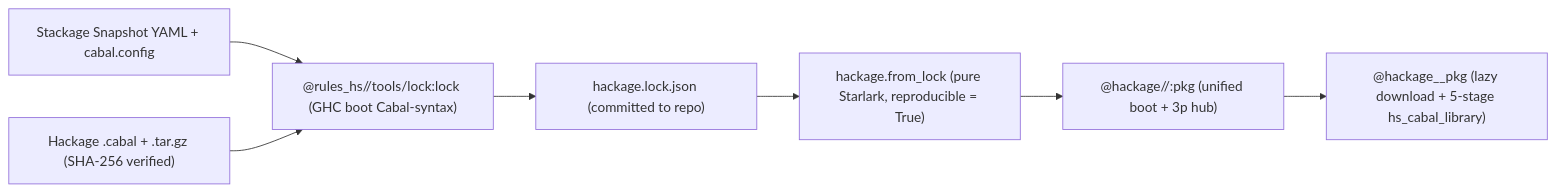
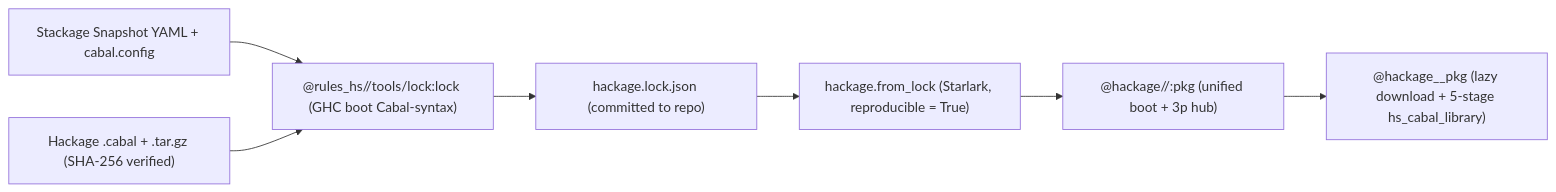
One commit to kaycebasques/hs changed the diagram in docs/content/guide/hackage.md. Above: the diagram before and after it, drawn with Mermaid. The commit also changed other lines of this file and 8 other files, not shown here.

````diff
--- a/docs/content/guide/hackage.md
+++ b/docs/content/guide/hackage.md
@@ -14,9 +14,9 @@
 ```mermaid
 flowchart LR
     SNAP["Stackage Snapshot YAML + cabal.config"] --> LOCK["@rules_hs//tools/lock:lock (GHC boot Cabal-syntax)"]
     HACKAGE["Hackage .cabal + .tar.gz (SHA-256 verified)"] --> LOCK
     LOCK --> JSON["hackage.lock.json (committed to repo)"]
-    JSON --> EXT["hackage.from_lock (pure Starlark, reproducible = True)"]
+    JSON --> EXT["hackage.from_lock (Starlark, reproducible = True)"]
     EXT --> HUB["@hackage//:pkg (unified boot + 3p hub)"]
     HUB --> LAZY["@hackage__pkg (lazy download + 5-stage hs_cabal_library)"]
 ```
````
